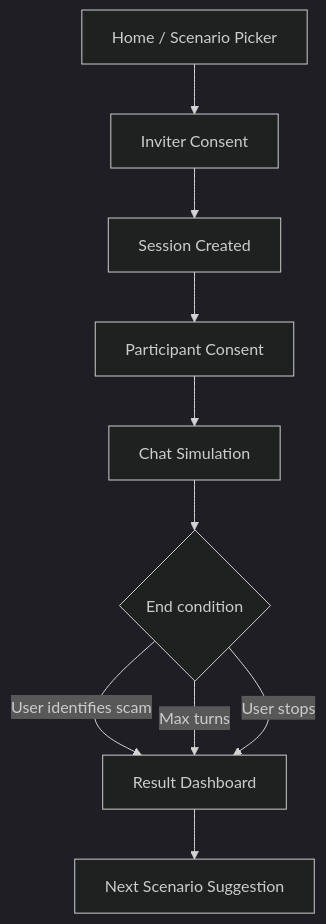
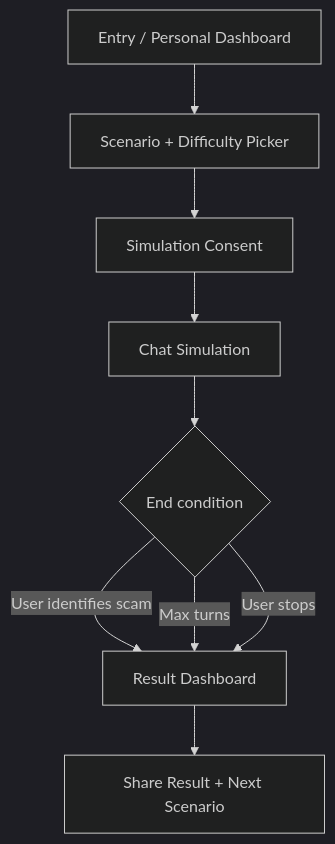
Before and after one commit to quoczai22/AI_RAISER: the diagram in UI.md, drawn with Mermaid (dark theme). The commit also changed other lines of this file and 5 other files, not shown here.

````diff
--- a/UI.md
+++ b/UI.md
@@ -26,12 +26,11 @@
 ```mermaid
 flowchart TD
-    A["Home / Scenario Picker"] --> B["Inviter Consent"]
-    B --> C["Session Created"]
-    C --> D["Participant Consent"]
-    D --> E["Chat Simulation"]
+    A["Entry / Personal Dashboard"] --> B["Scenario + Difficulty Picker"]
+    B --> C["Simulation Consent"]
+    C --> E["Chat Simulation"]
     E --> F{"End condition"}
     F -->|"User identifies scam"| G["Result Dashboard"]
     F -->|"Max turns"| G
     F -->|"User stops"| G
-    G --> H["Next Scenario Suggestion"]
+    G --> H["Share Result + Next Scenario"]
 ```
````
